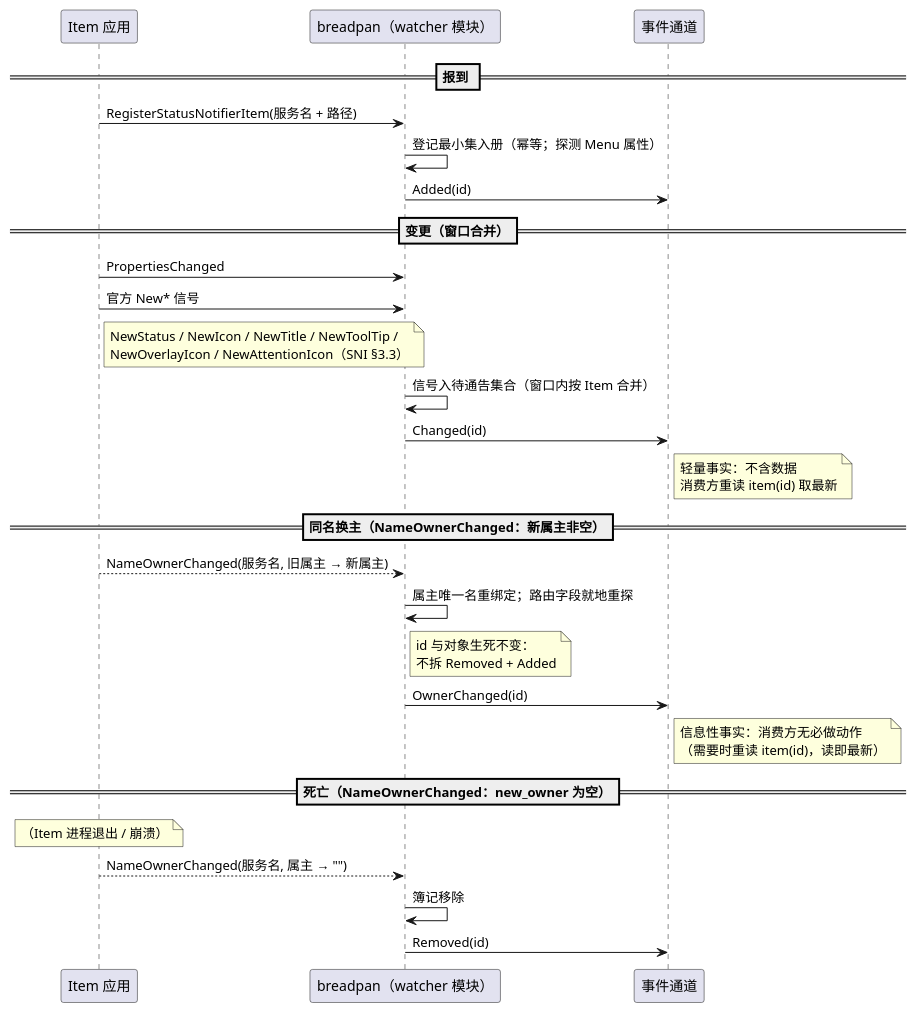
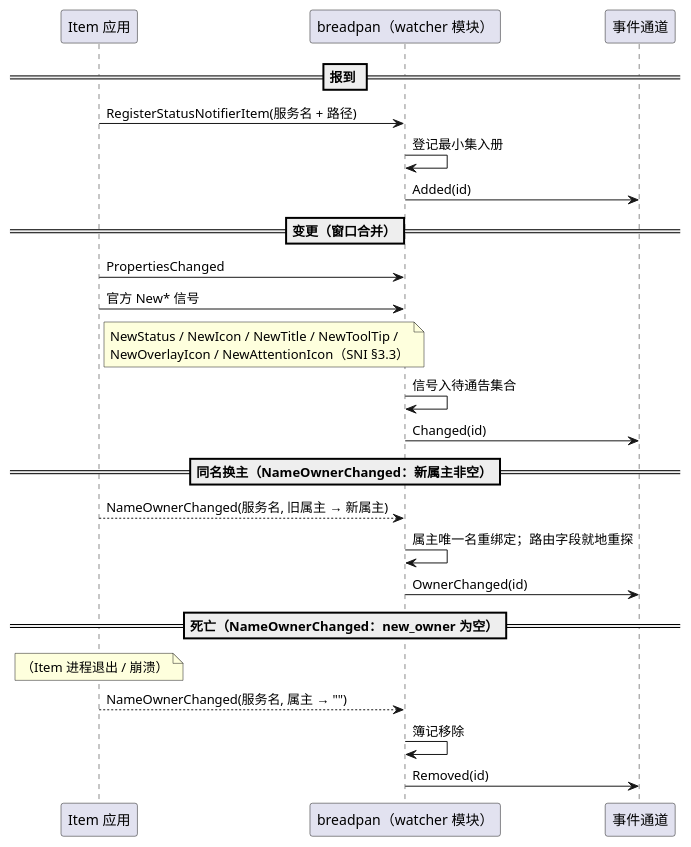
The diagram in breadpan/diagram/breadpan-item-lifecycle.puml (54m43lJ/BreadKnife), drawn with PlantUML before and after one commit. The commit also changed 10 other files, not shown here.

First line of the commit message:
docs(breadpan): CODE 通用约定章置空（引用改链 ARCHITECTURE §2）；五图与 ARCH 正文去重并重导出

```diff
--- a/breadpan/diagram/breadpan-item-lifecycle.puml
+++ b/breadpan/diagram/breadpan-item-lifecycle.puml
@@ -1,43 +1,31 @@
 @startuml breadpan-item-lifecycle
 participant "Item 应用" as item
 participant "breadpan（watcher 模块）" as bp
 participant "事件通道" as ch
 
 == 报到 ==
 item -> bp: RegisterStatusNotifierItem(服务名 + 路径)
-bp -> bp: 登记最小集入册（幂等；探测 Menu 属性）
+bp -> bp: 登记最小集入册
 bp -> ch: Added(id)
 
 == 变更（窗口合并）==
 item -> bp: PropertiesChanged
 item -> bp: 官方 New* 信号
 note right of item
   NewStatus / NewIcon / NewTitle / NewToolTip /
   NewOverlayIcon / NewAttentionIcon（SNI §3.3）
 end note
-bp -> bp: 信号入待通告集合（窗口内按 Item 合并）
+bp -> bp: 信号入待通告集合
 bp -> ch: Changed(id)
-note right of ch
-  轻量事实：不含数据
-  消费方重读 item(id) 取最新
-end note
 
 == 同名换主（NameOwnerChanged：新属主非空）==
 item --> bp: NameOwnerChanged(服务名, 旧属主 → 新属主)
 bp -> bp: 属主唯一名重绑定；路由字段就地重探
-note right of bp
-  id 与对象生死不变：
-  不拆 Removed + Added
-end note
 bp -> ch: OwnerChanged(id)
-note right of ch
-  信息性事实：消费方无必做动作
-  （需要时重读 item(id)，读即最新）
-end note
 
 == 死亡（NameOwnerChanged：new_owner 为空）==
 note over item: （Item 进程退出 / 崩溃）
 item --> bp: NameOwnerChanged(服务名, 属主 → "")
 bp -> bp: 簿记移除
 bp -> ch: Removed(id)
 @enduml
```
